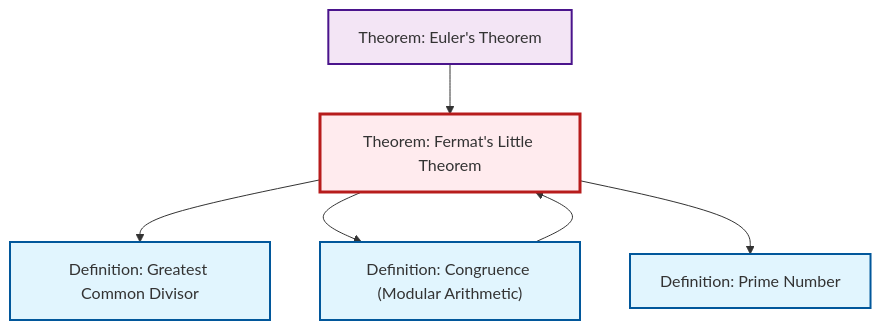
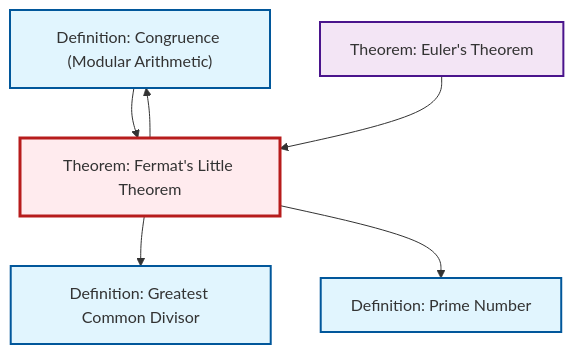
Before and after one commit to RK0429/ModernMath: the diagram in content/ja/number-theory/thm-fermat-little.qmd, drawn with Mermaid. The commit also changed other lines of this file and 497 other files, not shown here.

````diff
--- a/content/ja/number-theory/thm-fermat-little.qmd
+++ b/content/ja/number-theory/thm-fermat-little.qmd
@@ -89,24 +90,24 @@
 ```{mermaid}
 %%| fig-cap: "Local dependency graph"
 graph TD
     classDef definition fill:#e1f5fe,stroke:#01579b,stroke-width:2px
     classDef theorem fill:#f3e5f5,stroke:#4a148c,stroke-width:2px
     classDef axiom fill:#fff3e0,stroke:#e65100,stroke-width:2px
     classDef example fill:#e8f5e9,stroke:#1b5e20,stroke-width:2px
     classDef current fill:#ffebee,stroke:#b71c1c,stroke-width:3px
-    thm-fermat-little["Theorem: Fermat's Little Theorem"]:::theorem
-    thm-euler["Theorem: Euler's Theorem"]:::theorem
-    def-congruence["Definition: Congruence (Modular Arithmetic)"]:::definition
     def-prime["Definition: Prime Number"]:::definition
     def-gcd["Definition: Greatest Common Divisor"]:::definition
+    def-congruence["Definition: Congruence (Modular Arithmetic)"]:::definition
+    thm-euler["Theorem: Euler's Theorem"]:::theorem
+    thm-fermat-little["Theorem: Fermat's Little Theorem"]:::theorem
     def-congruence --> thm-fermat-little
     thm-fermat-little --> def-gcd
+    thm-fermat-little --> def-prime
     thm-fermat-little --> def-congruence
     thm-euler --> thm-fermat-little
-    thm-fermat-little --> def-prime
     class thm-fermat-little current
-    click thm-euler "thm-euler.html" "Theorem: Euler's Theoremへ"
-    click def-congruence "def-congruence.html" "Definition: Congruence (Modular Arithmetic)へ"
     click def-prime "def-prime.html" "Definition: Prime Numberへ"
     click def-gcd "def-gcd.html" "Definition: Greatest Common Divisorへ"
+    click def-congruence "def-congruence.html" "Definition: Congruence (Modular Arithmetic)へ"
+    click thm-euler "thm-euler.html" "Theorem: Euler's Theoremへ"
 ```
````
